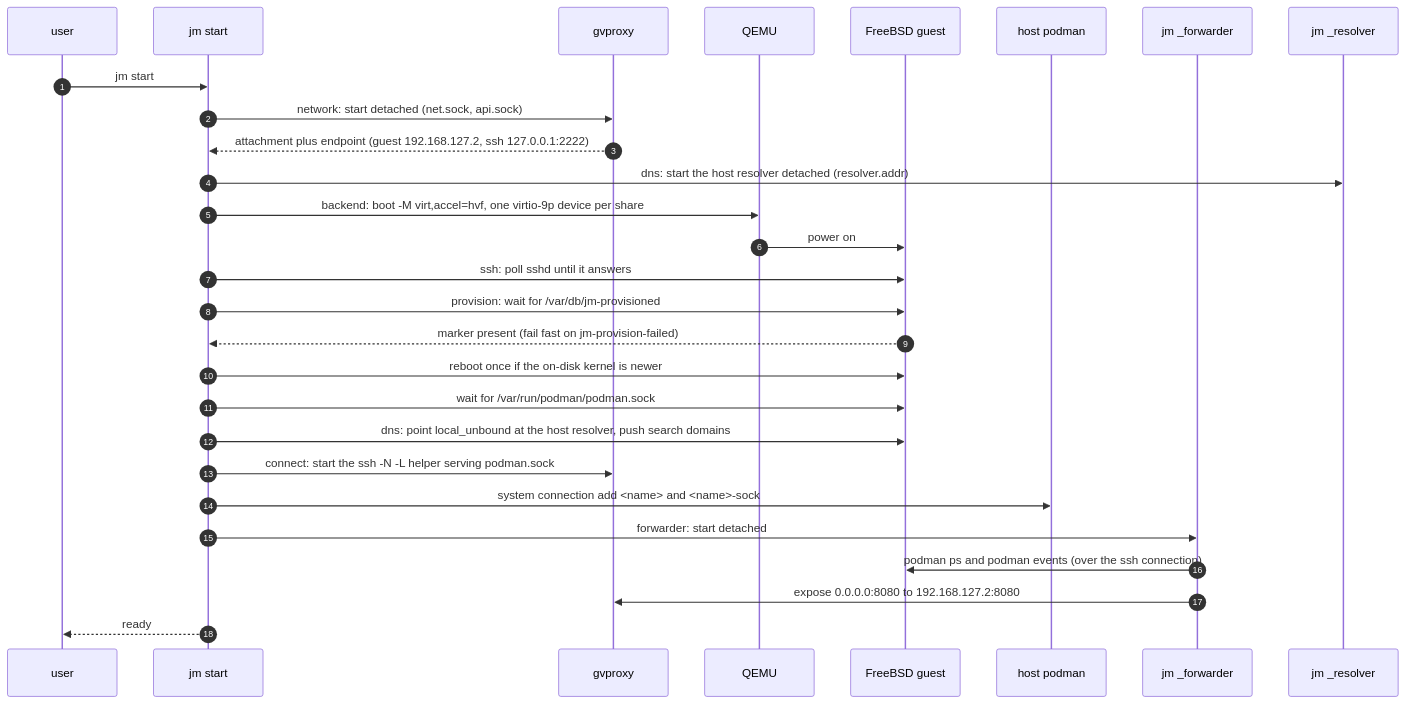
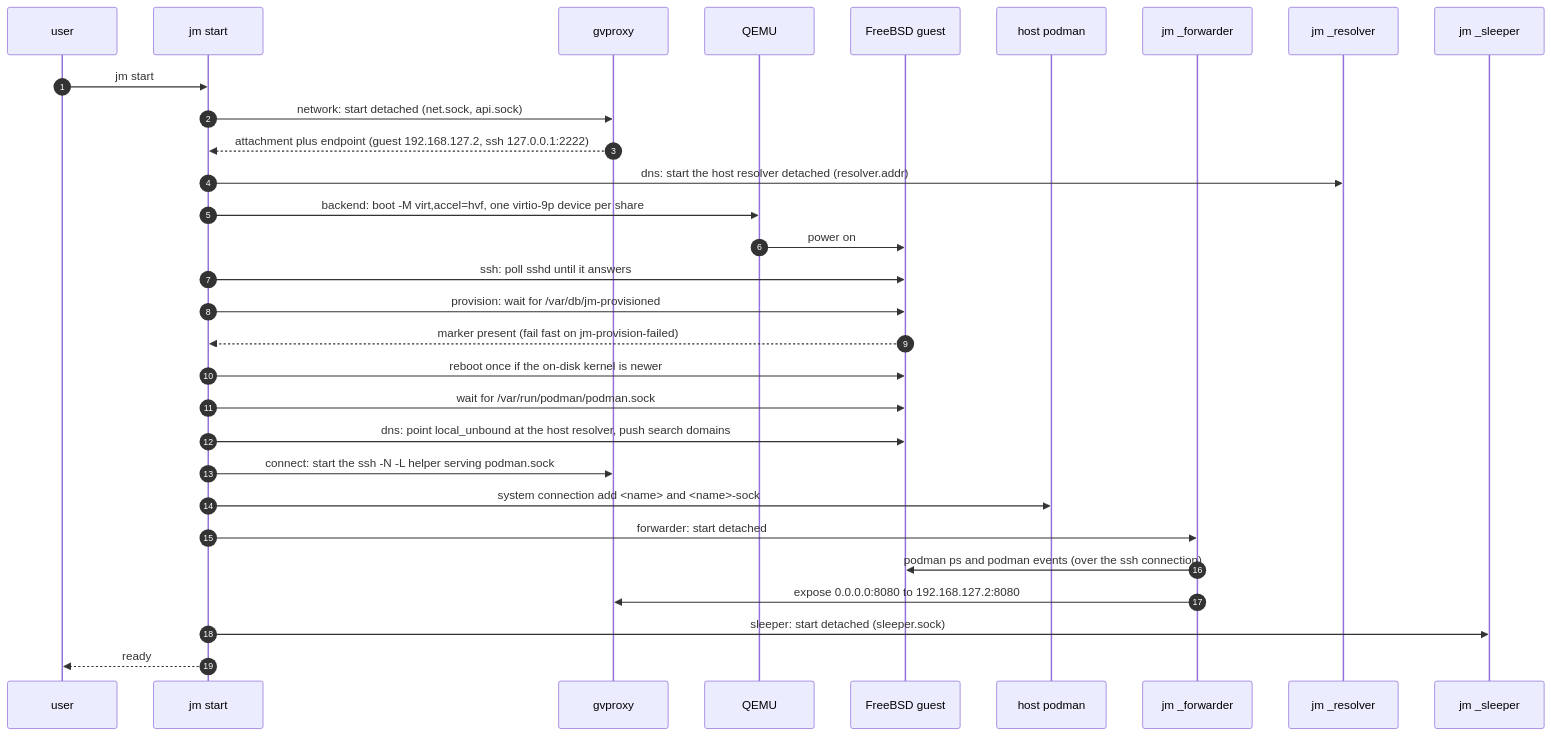
One commit to gabrielbelli/jailmachine changed the second of 2 diagrams in docs/ARCHITECTURE.md. Above: the diagram before and after it, drawn with Mermaid. The commit also changed other lines of this file and 101 other files, not shown here.

````diff
--- a/docs/ARCHITECTURE.md
+++ b/docs/ARCHITECTURE.md
@@ -324,30 +449,32 @@
 ```mermaid
 sequenceDiagram
     autonumber
     participant U as user
     participant JM as jm start
     participant GV as gvproxy
     participant Q as QEMU
     participant G as FreeBSD guest
     participant P as host podman
     participant F as jm _forwarder
     participant R as jm _resolver
+    participant S as jm _sleeper
     U->>JM: jm start
     JM->>GV: network: start detached (net.sock, api.sock)
     GV-->>JM: attachment plus endpoint (guest 192.168.127.2, ssh 127.0.0.1:2222)
     JM->>R: dns: start the host resolver detached (resolver.addr)
     JM->>Q: backend: boot -M virt,accel=hvf, one virtio-9p device per share
     Q->>G: power on
     JM->>G: ssh: poll sshd until it answers
     JM->>G: provision: wait for /var/db/jm-provisioned
     G-->>JM: marker present (fail fast on jm-provision-failed)
     JM->>G: reboot once if the on-disk kernel is newer
     JM->>G: wait for /var/run/podman/podman.sock
     JM->>G: dns: point local_unbound at the host resolver, push search domains
     JM->>GV: connect: start the ssh -N -L helper serving podman.sock
     JM->>P: system connection add <name> and <name>-sock
     JM->>F: forwarder: start detached
     F->>G: podman ps and podman events (over the ssh connection)
     F->>GV: expose 0.0.0.0:8080 to 192.168.127.2:8080
+    JM->>S: sleeper: start detached (sleeper.sock)
     JM-->>U: ready
 ```
````
